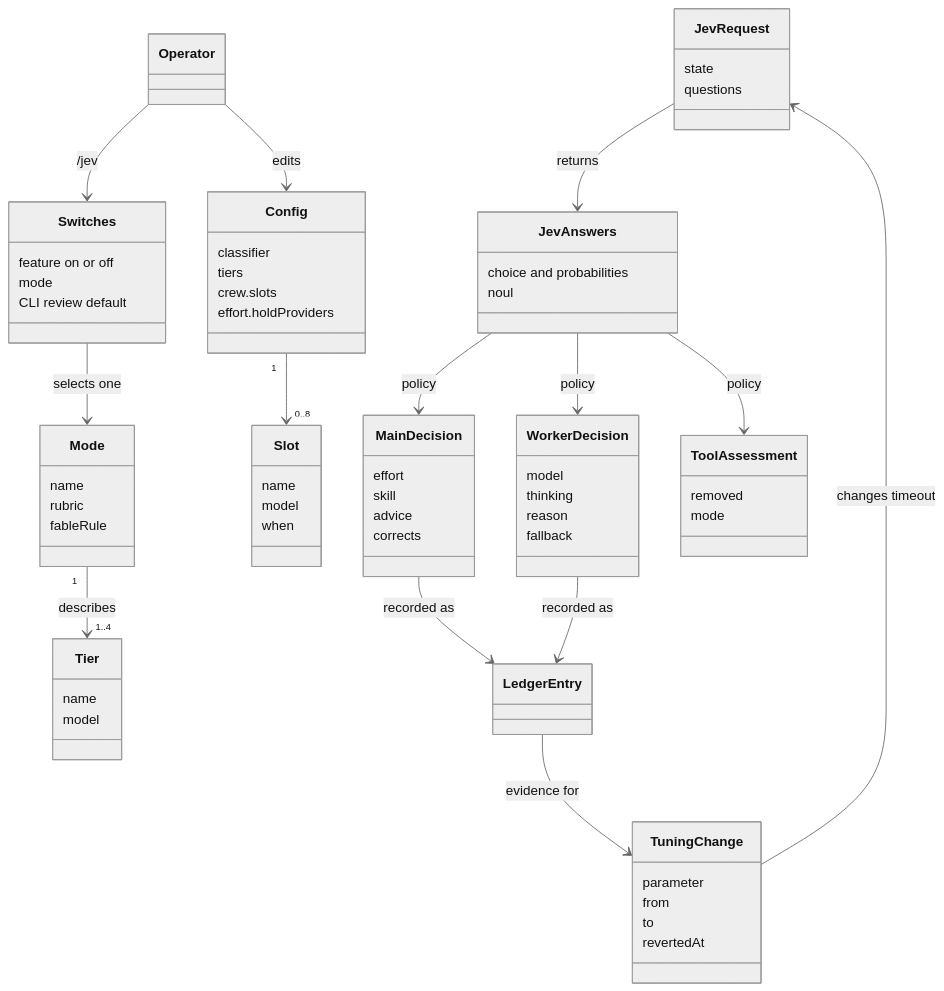
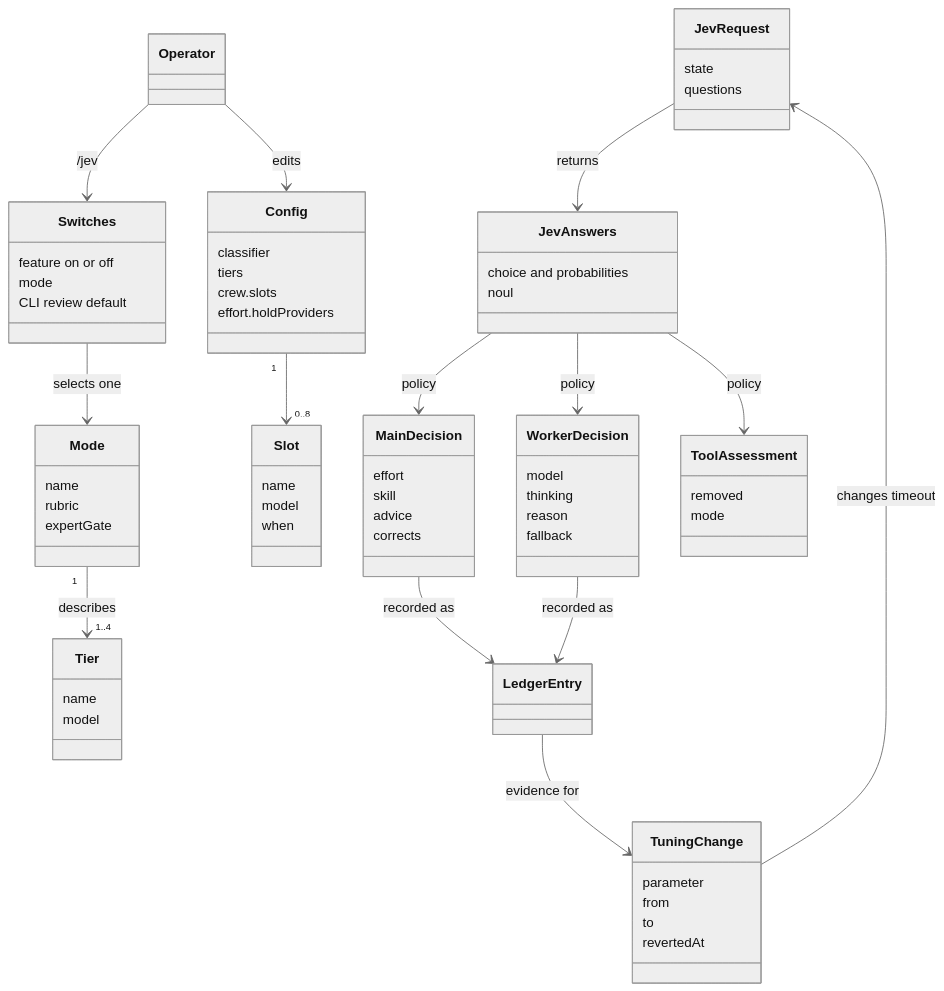
The first of 3 diagrams in docs/domain-model.md (ttdua/pi-jev-pilot), drawn with Mermaid (neutral theme) before and after one commit. The commit also changed other lines of this file and 9 other files, not shown here.

Commit message:
docs: expert gate and modes

````diff
--- a/docs/domain-model.md
+++ b/docs/domain-model.md
@@ -5,74 +5,74 @@
 ```mermaid
 classDiagram
     class Operator
     class Config {
       classifier
       tiers
       crew.slots
       effort.holdProviders
     }
     class Switches {
       feature on or off
       mode
       CLI review default
     }
     class Mode {
       name
       rubric
-      fableRule
+      expertGate
     }
     class Tier {
       name
       model
     }
     class Slot {
       name
       model
       when
     }
     class JevRequest {
       state
       questions
     }
     class JevAnswers {
       choice and probabilities
       noul
     }
     class MainDecision {
       effort
       skill
       advice
       corrects
     }
     class WorkerDecision {
       model
       thinking
       reason
       fallback
     }
     class ToolAssessment {
       removed
       mode
     }
     class LedgerEntry
     class TuningChange {
       parameter
       from
       to
       revertedAt
     }
 
     Operator --> Config : edits
     Operator --> Switches : /jev
     Switches --> Mode : selects one
     Mode "1" --> "1..4" Tier : describes
     Config "1" --> "0..8" Slot
     JevRequest --> JevAnswers : returns
     JevAnswers --> MainDecision : policy
     JevAnswers --> WorkerDecision : policy
     JevAnswers --> ToolAssessment : policy
     MainDecision --> LedgerEntry : recorded as
     WorkerDecision --> LedgerEntry : recorded as
     LedgerEntry --> TuningChange : evidence for
     TuningChange --> JevRequest : changes timeout
 ```
````
